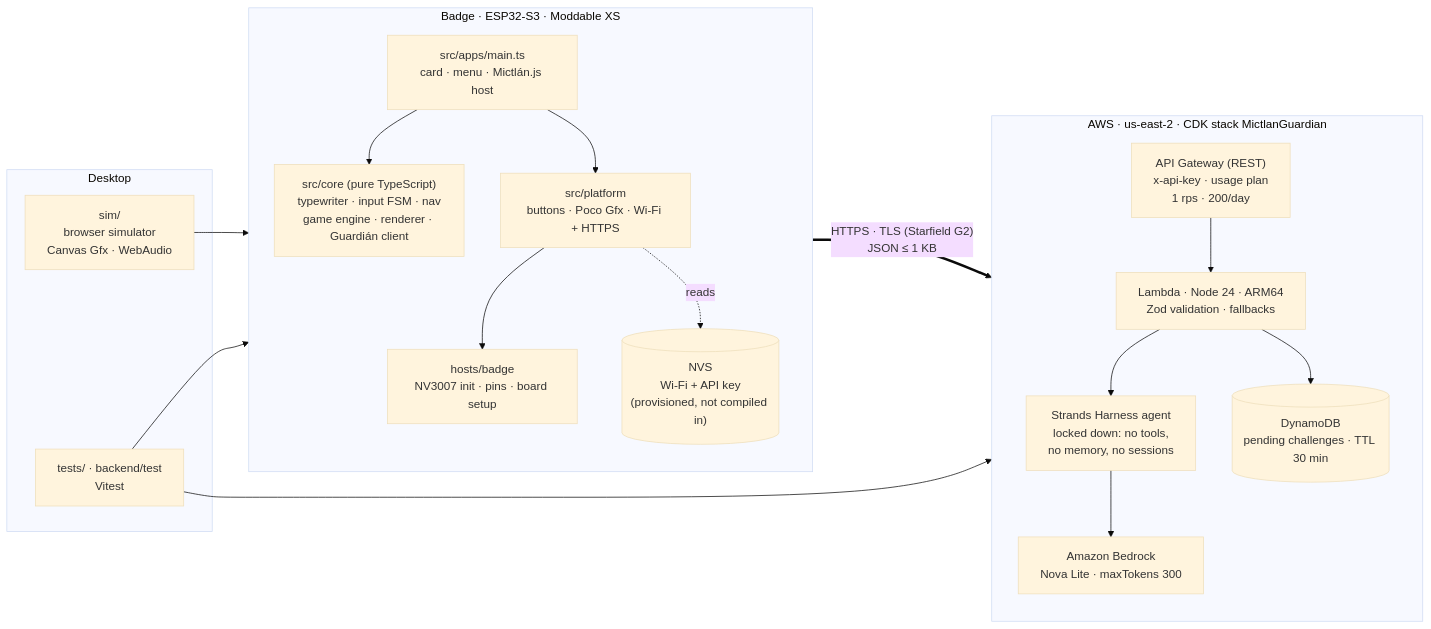
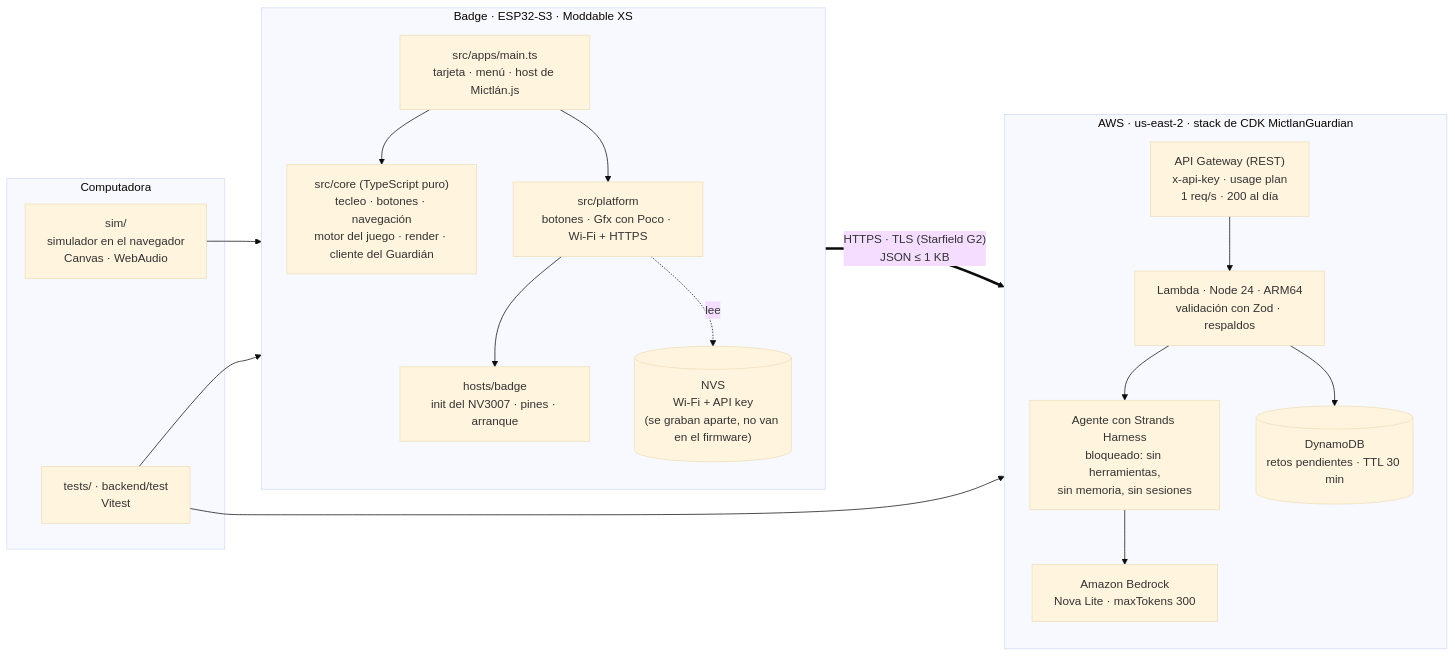
The first of 2 diagrams in README.md (hsaenzG/badge-js), drawn with Mermaid (base theme) before and after one commit. The commit also changed other lines of this file and 17 other files, not shown here.

````diff
--- a/README.md
+++ b/README.md
@@ -26,36 +28,36 @@
 ```mermaid
 flowchart LR
   subgraph Badge["Badge · ESP32-S3 · Moddable XS"]
     direction TB
-    Apps["src/apps/main.ts<br/>card · menu · Mictlán.js host"]
-    Core["src/core (pure TypeScript)<br/>typewriter · input FSM · nav<br/>game engine · renderer · Guardián client"]
-    Platform["src/platform<br/>buttons · Poco Gfx · Wi-Fi + HTTPS"]
-    Target["hosts/badge<br/>NV3007 init · pins · board setup"]
-    NVS[("NVS<br/>Wi-Fi + API key<br/>(provisioned, not compiled in)")]
+    Apps["src/apps/main.ts<br/>tarjeta · menú · host de Mictlán.js"]
+    Core["src/core (TypeScript puro)<br/>tecleo · botones · navegación<br/>motor del juego · render · cliente del Guardián"]
+    Platform["src/platform<br/>botones · Gfx con Poco · Wi-Fi + HTTPS"]
+    Target["hosts/badge<br/>init del NV3007 · pines · arranque"]
+    NVS[("NVS<br/>Wi-Fi + API key<br/>(se graban aparte, no van en el firmware)")]
     Apps --> Core
     Apps --> Platform
     Platform --> Target
-    Platform -. reads .-> NVS
+    Platform -. lee .-> NVS
   end
 
-  subgraph Desktop["Desktop"]
-    Sim["sim/<br/>browser simulator<br/>Canvas Gfx · WebAudio"]
+  subgraph Desktop["Computadora"]
+    Sim["sim/<br/>simulador en el navegador<br/>Canvas · WebAudio"]
     Tests["tests/ · backend/test<br/>Vitest"]
   end
 
-  subgraph AWS["AWS · us-east-2 · CDK stack MictlanGuardian"]
+  subgraph AWS["AWS · us-east-2 · stack de CDK MictlanGuardian"]
     direction TB
-    APIGW["API Gateway (REST)<br/>x-api-key · usage plan<br/>1 rps · 200/day"]
-    Lambda["Lambda · Node 24 · ARM64<br/>Zod validation · fallbacks"]
-    Harness["Strands Harness agent<br/>locked down: no tools,<br/>no memory, no sessions"]
+    APIGW["API Gateway (REST)<br/>x-api-key · usage plan<br/>1 req/s · 200 al día"]
+    Lambda["Lambda · Node 24 · ARM64<br/>validación con Zod · respaldos"]
+    Harness["Agente con Strands Harness<br/>bloqueado: sin herramientas,<br/>sin memoria, sin sesiones"]
     Bedrock["Amazon Bedrock<br/>Nova Lite · maxTokens 300"]
-    DDB[("DynamoDB<br/>pending challenges · TTL 30 min")]
+    DDB[("DynamoDB<br/>retos pendientes · TTL 30 min")]
     APIGW --> Lambda --> Harness --> Bedrock
     Lambda --> DDB
   end
 
   Platform == "HTTPS · TLS (Starfield G2)<br/>JSON ≤ 1 KB" ==> APIGW
   Sim --> Core
   Tests --> Core
   Tests --> Lambda
 ```
````
